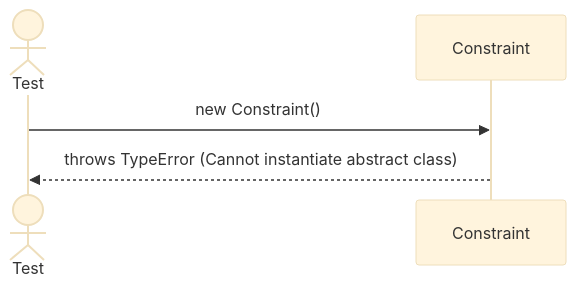
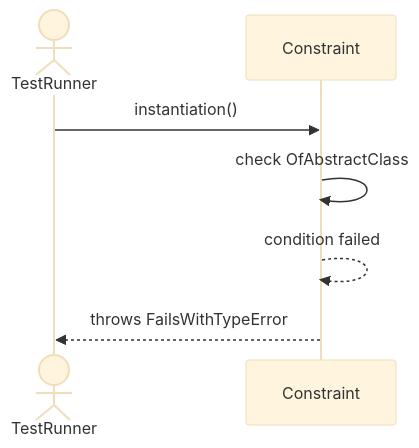
The diagram in Sequences/DatabaseObjectManagement/Constraint.md (TamBui1706/DBMS), drawn with Mermaid (base theme) before and after one commit. The commit also changed other lines of this file and 63 other files, not shown here.

Commit message:
Draw sequence diagram for unit tests

````diff
--- a/Sequences/DatabaseObjectManagement/Constraint.md
+++ b/Sequences/DatabaseObjectManagement/Constraint.md
@@ -7,8 +14,9 @@
 ```mermaid
 sequenceDiagram
-    actor Test
+    actor TestRunner
     participant Constraint
-
-    Test->>Constraint: new Constraint()
-    Constraint-->>Test: throws TypeError (Cannot instantiate abstract class)
+    TestRunner->>Constraint: instantiation()
+    Constraint->>Constraint: check OfAbstractClass
+    Constraint-->>Constraint: condition failed
+    Constraint-->>TestRunner: throws FailsWithTypeError
 ```
````
